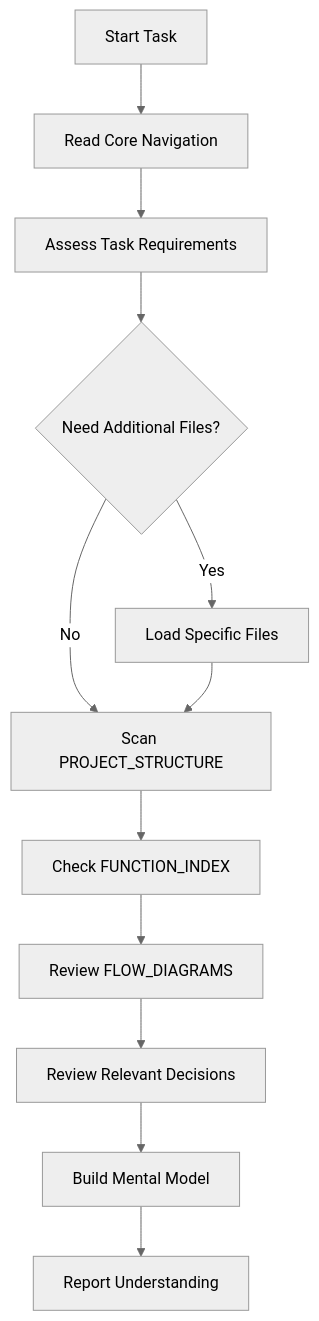
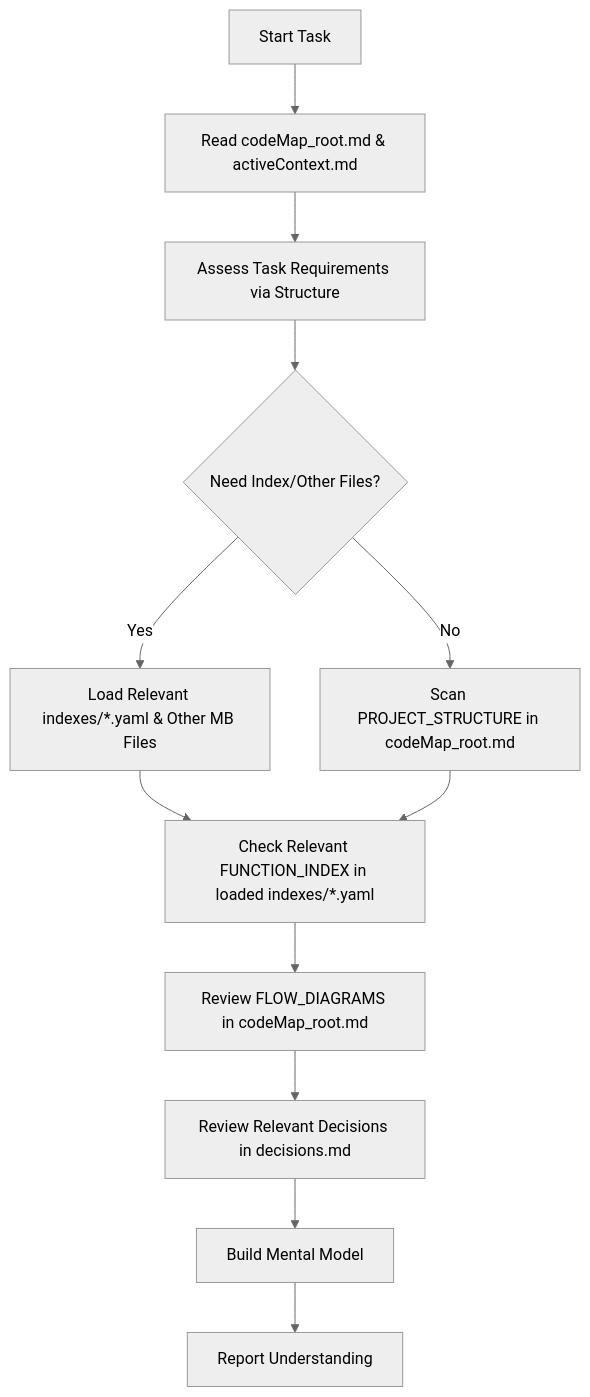
Before and after one commit to freezscholte/AI-Codex: the second of 7 diagrams in Prompts/Cursor/memory-bank-with-filetree-prompt.md, drawn with Mermaid (neutral theme). The commit also changed other lines of this file, not shown here.

````diff
--- a/Prompts/Cursor/memory-bank-with-filetree-prompt.md
+++ b/Prompts/Cursor/memory-bank-with-filetree-prompt.md
@@ -217,14 +229,14 @@
 ```mermaid
 flowchart TD
-    Start[Start Task] --> ReadCore[Read Core Navigation]
-    ReadCore --> AssessTask[Assess Task Requirements]
-    AssessTask --> DecideFiles{Need Additional Files?}
-    DecideFiles -->|Yes| LoadSpecific[Load Specific Files]
-    DecideFiles -->|No| Structure[Scan PROJECT_STRUCTURE]
-    LoadSpecific --> Structure
-    Structure --> Functions[Check FUNCTION_INDEX]
-    Functions --> Flows[Review FLOW_DIAGRAMS]
-    Flows --> Decisions[Review Relevant Decisions]
+    Start[Start Task] --> ReadCoreNav[Read codeMap_root.md & activeContext.md]
+    ReadCoreNav --> AssessTask[Assess Task Requirements via Structure]
+    AssessTask --> DecideFiles{Need Index/Other Files?}
+    DecideFiles -->|Yes| LoadSpecific[Load Relevant indexes/*.yaml & Other MB Files]
+    DecideFiles -->|No| StructureScan[Scan PROJECT_STRUCTURE in codeMap_root.md]
+    LoadSpecific --> IndexScan[Check Relevant FUNCTION_INDEX in loaded indexes/*.yaml]
+    StructureScan --> IndexScan
+    IndexScan --> Flows[Review FLOW_DIAGRAMS in codeMap_root.md]
+    Flows --> Decisions[Review Relevant Decisions in decisions.md]
     Decisions --> Build[Build Mental Model]
     Build --> Report[Report Understanding]
 ```
````
